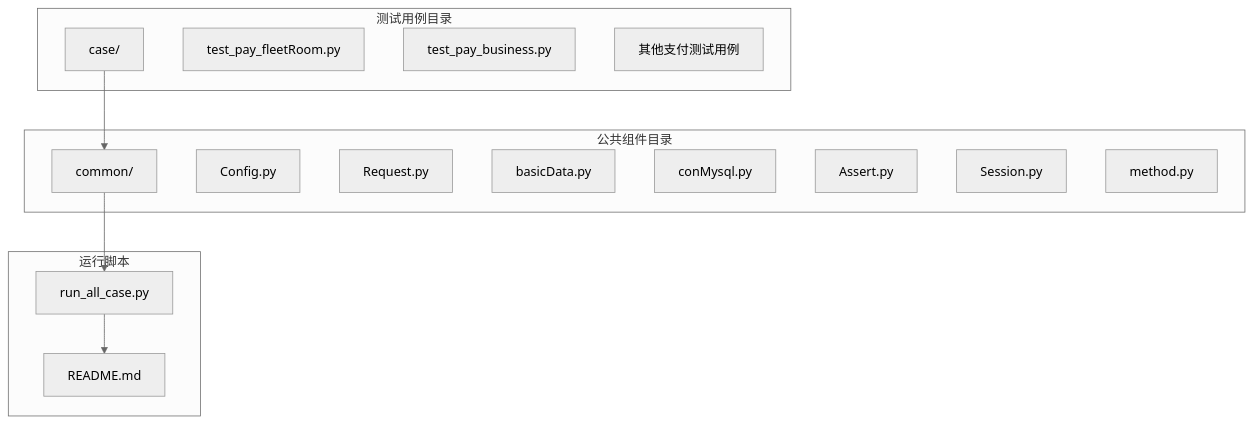
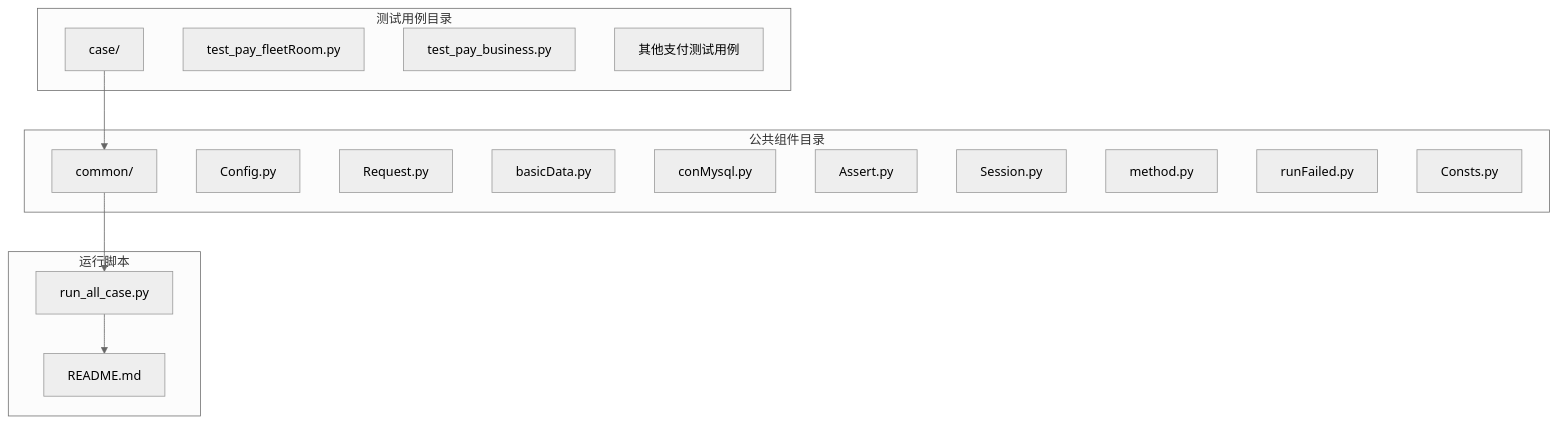
One commit to liximing1-ola/qa-payTest changed the first of 10 diagrams in .qoder/repowiki/zh/content/支付测试用例/房间支付测试/舰队房支付测试.md. Above: the diagram before and after it, drawn with Mermaid (neutral theme). The commit also changed other lines of this file and 103 other files, not shown here.

````diff
--- a/.qoder/repowiki/zh/content/支付测试用例/房间支付测试/舰队房支付测试.md
+++ b/.qoder/repowiki/zh/content/支付测试用例/房间支付测试/舰队房支付测试.md
@@ -36,26 +48,28 @@
 ```mermaid
 graph TB
 subgraph "测试用例目录"
 A[case/]
 A1[test_pay_fleetRoom.py]
 A2[test_pay_business.py]
 A3[其他支付测试用例]
 end
 subgraph "公共组件目录"
 B[common/]
 B1[Config.py]
 B2[Request.py]
 B3[basicData.py]
 B4[conMysql.py]
 B5[Assert.py]
 B6[Session.py]
 B7[method.py]
+B8[runFailed.py]
+B9[Consts.py]
 end
 subgraph "运行脚本"
 C[run_all_case.py]
 D[README.md]
 end
 A --> B
 B --> C
 C --> D
 ```
````
